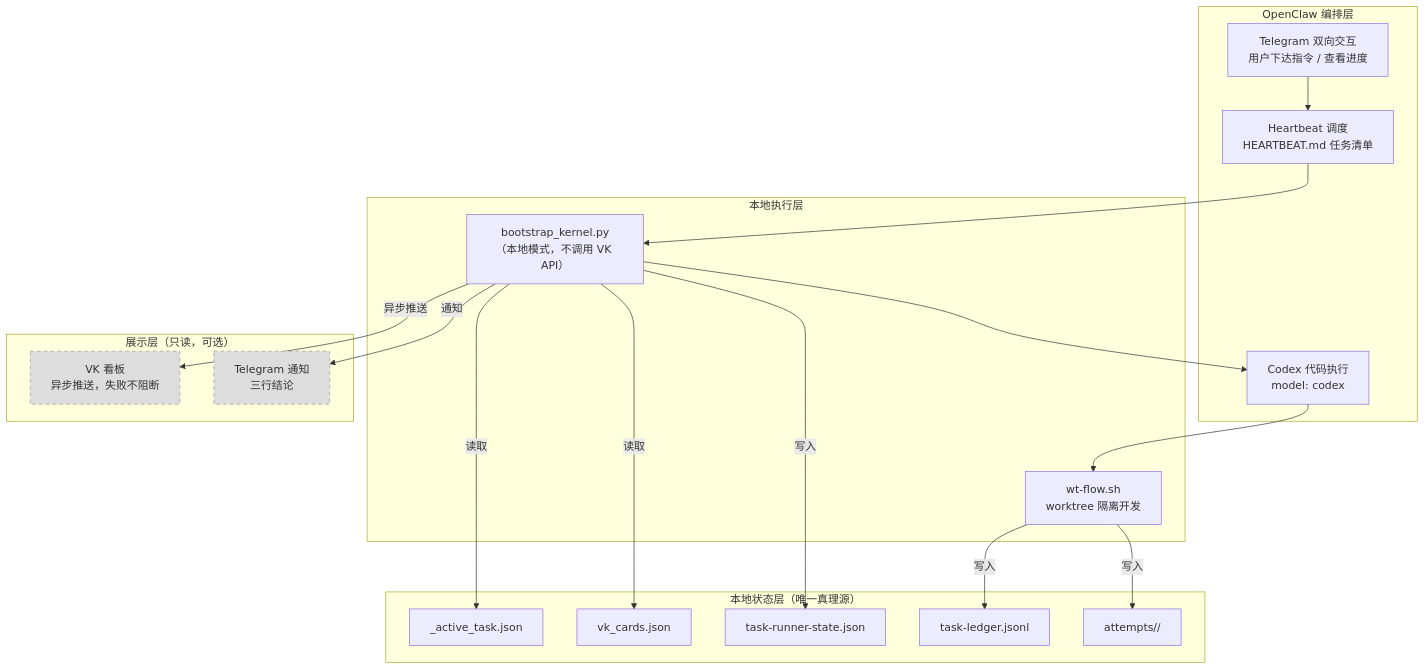
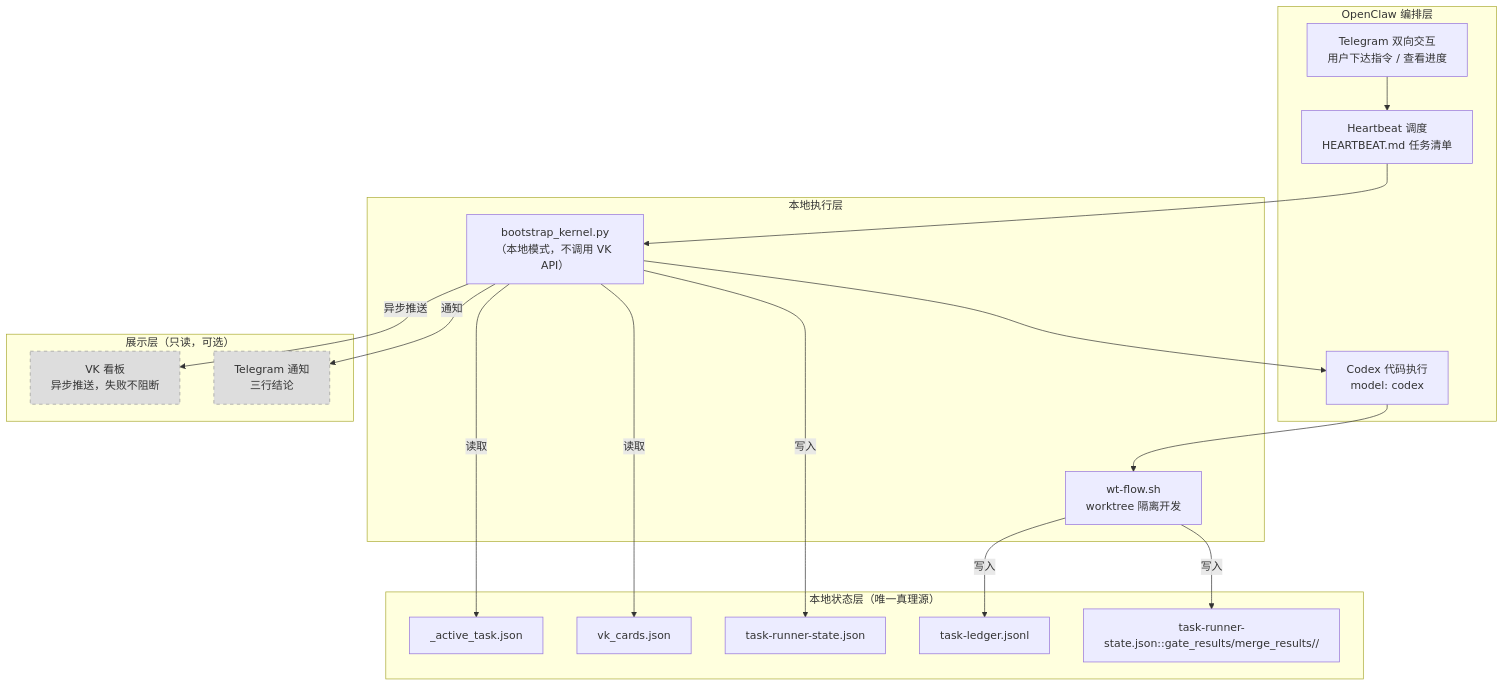
One commit to jijingkun-commits/fastapi changed the fourth of 4 diagrams in docs/内部参考/迭代需求/vibe_kanban依赖分析报告.md. Above: the diagram before and after it, drawn with Mermaid. The commit also changed other lines of this file and 174 other files, not shown here.

````diff
--- a/docs/内部参考/迭代需求/vibe_kanban依赖分析报告.md
+++ b/docs/内部参考/迭代需求/vibe_kanban依赖分析报告.md
@@ -658,41 +658,41 @@
 ```mermaid
 flowchart TD
     subgraph "OpenClaw 编排层"
         HB["Heartbeat 调度<br/>HEARTBEAT.md 任务清单"]
         TG_IN["Telegram 双向交互<br/>用户下达指令 / 查看进度"]
         CDX["Codex 代码执行<br/>model: codex"]
     end
 
     subgraph "本地状态层（唯一真理源）"
         F1["_active_task.json"]
         F2["vk_cards.json"]
         F3["task-runner-state.json"]
         F4["task-ledger.jsonl"]
-        F5["attempts/<card_id>/"]
+        F5["task-runner-state.json::gate_results/merge_results/<card_id>/"]
     end
 
     subgraph "本地执行层"
         BK["bootstrap_kernel.py<br/>（本地模式，不调用 VK API）"]
         WT["wt-flow.sh<br/>worktree 隔离开发"]
     end
 
     subgraph "展示层（只读，可选）"
         VK["VK 看板<br/>异步推送，失败不阻断"]
         TG_OUT["Telegram 通知<br/>三行结论"]
     end
 
     HB --> BK
     TG_IN --> HB
     BK -->|"读取"| F1
     BK -->|"读取"| F2
     BK -->|"写入"| F3
     BK --> CDX
     CDX --> WT
     WT -->|"写入"| F4
     WT -->|"写入"| F5
     BK -->|"异步推送"| VK
     BK -->|"通知"| TG_OUT
 
     style VK fill:#ddd,stroke:#999,stroke-dasharray: 5 5
     style TG_OUT fill:#ddd,stroke:#999,stroke-dasharray: 5 5
 ```
````
